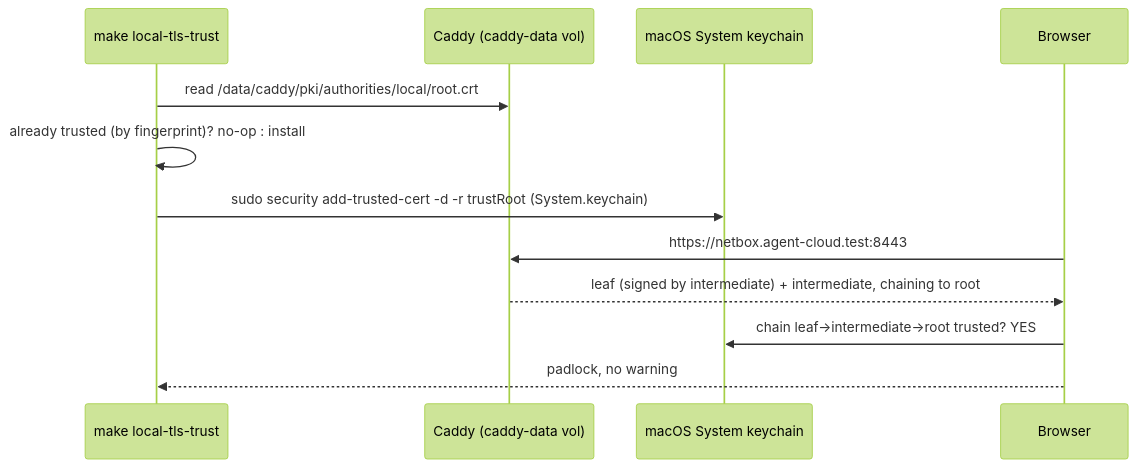
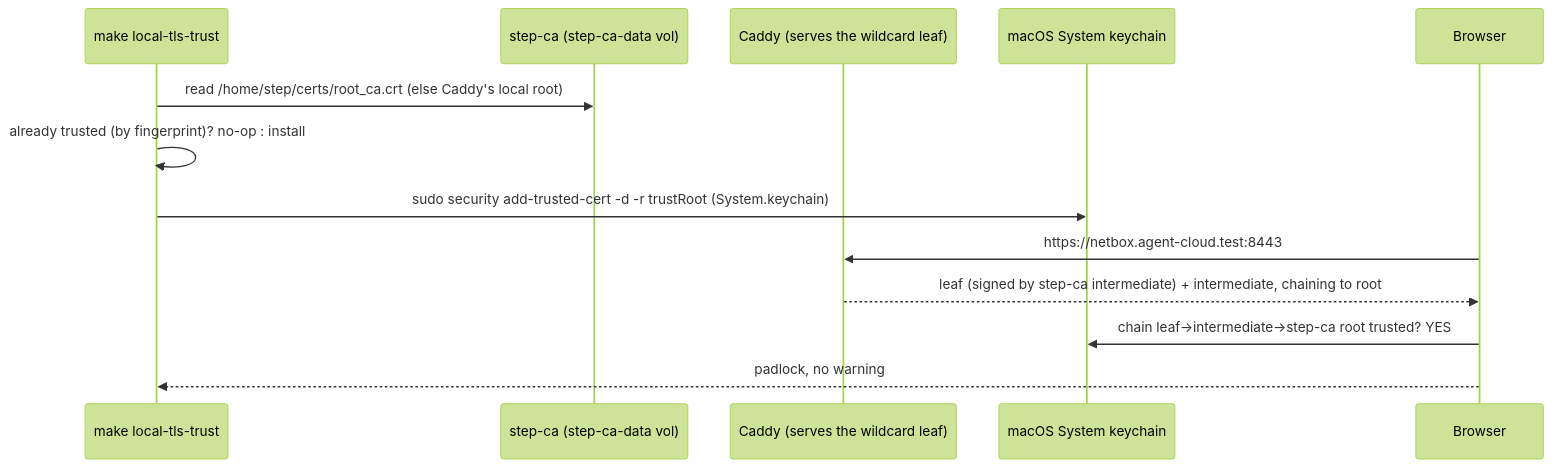
The diagram in plan/development/LOCAL-DEV-TLS-TRUST.md (uhstray-io/agent-cloud), drawn with Mermaid (forest theme) before and after one commit. The commit also changed other lines of this file and 17 other files, not shown here.

````diff
--- a/plan/development/LOCAL-DEV-TLS-TRUST.md
+++ b/plan/development/LOCAL-DEV-TLS-TRUST.md
@@ -50,14 +53,15 @@
 ```mermaid
 sequenceDiagram
     participant DEV as make local-tls-trust
-    participant CAD as Caddy (caddy-data vol)
+    participant SCA as step-ca (step-ca-data vol)
+    participant CAD as Caddy (serves the wildcard leaf)
     participant KC as macOS System keychain
     participant BR as Browser
-    DEV->>CAD: read /data/caddy/pki/authorities/local/root.crt
+    DEV->>SCA: read /home/step/certs/root_ca.crt (else Caddy's local root)
     DEV->>DEV: already trusted (by fingerprint)? no-op : install
     DEV->>KC: sudo security add-trusted-cert -d -r trustRoot (System.keychain)
     BR->>CAD: https://netbox.agent-cloud.test:8443
-    CAD-->>BR: leaf (signed by intermediate) + intermediate, chaining to root
-    BR->>KC: chain leaf->intermediate->root trusted? YES
+    CAD-->>BR: leaf (signed by step-ca intermediate) + intermediate, chaining to root
+    BR->>KC: chain leaf->intermediate->step-ca root trusted? YES
     BR-->>DEV: padlock, no warning
 ```
````
